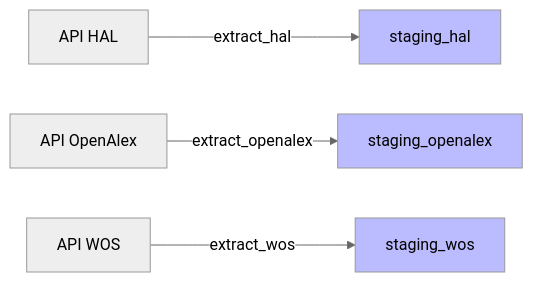
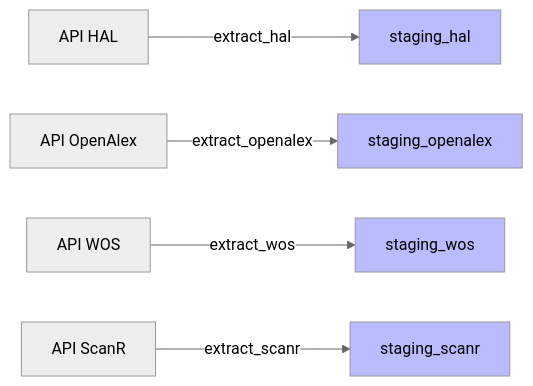
The first of 9 diagrams in docs/pipeline.md (Y33sha/bibliometrie-uca), drawn with Mermaid (neutral theme) before and after one commit. The commit also changed other lines of this file and 5 other files, not shown here.

````diff
--- a/docs/pipeline.md
+++ b/docs/pipeline.md
@@ -52,8 +52,9 @@
 ```mermaid
 flowchart LR
     A[API HAL]-->|extract_hal|B[staging_hal]
     C[API OpenAlex]-->|extract_openalex|D[staging_openalex]
     E[API WOS]-->|extract_wos|F[staging_wos]
+    G[API ScanR]-->|extract_scanr|H[staging_scanr]
     classDef new  fill:#bbf
-    class B,D,F new;
+    class B,D,F,H new;
 ```
````
